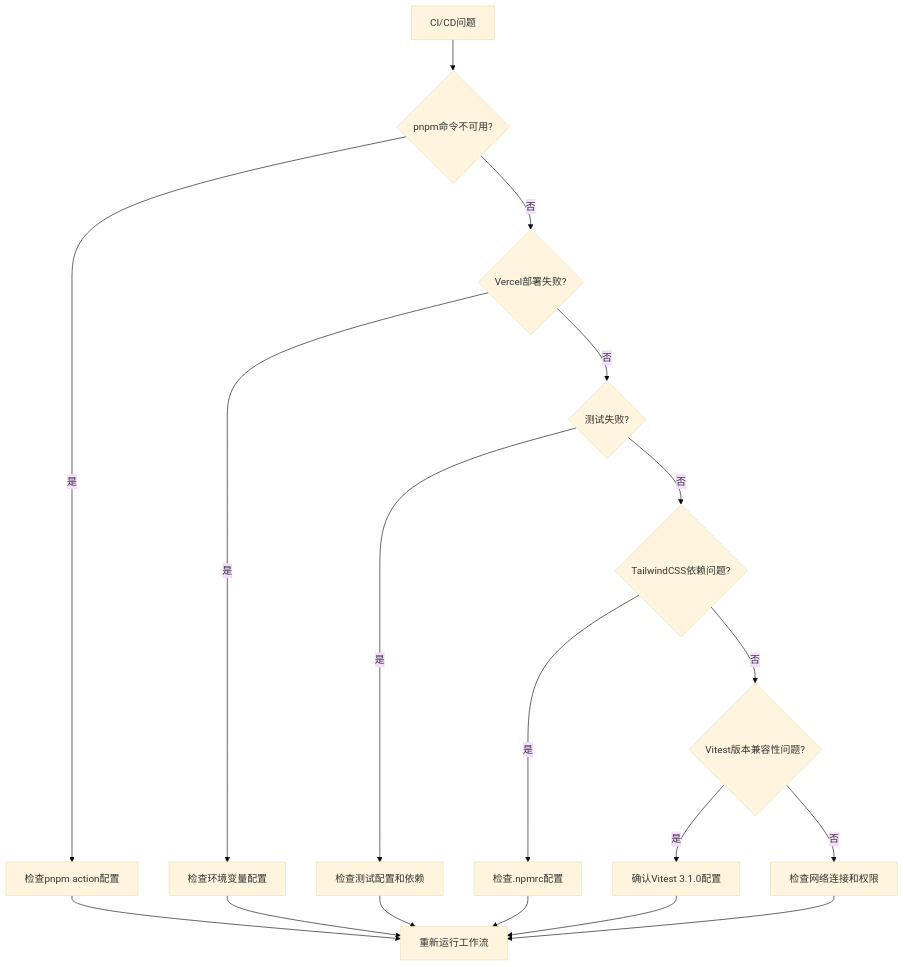
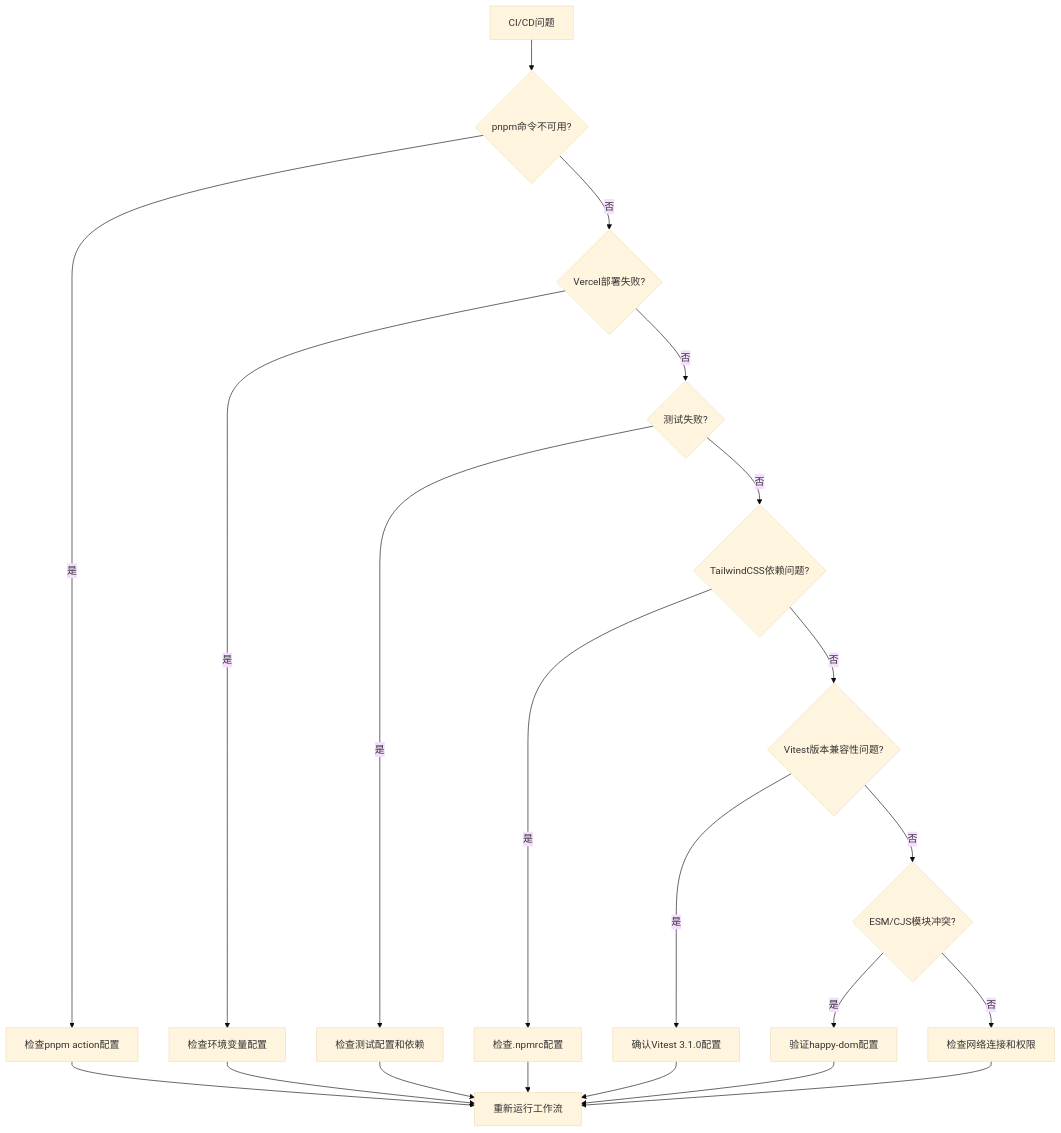
Diagram 15 of 16 in .qoder/repowiki/zh/content/项目概述/部署指南/CI_CD自动化部署.md (CryptoLinxu/Web3-AI-Agent), drawn with Mermaid (base theme) before and after one commit. The commit also changed other lines of this file and 5 other files, not shown here.

````diff
--- a/.qoder/repowiki/zh/content/项目概述/部署指南/CI_CD自动化部署.md
+++ b/.qoder/repowiki/zh/content/项目概述/部署指南/CI_CD自动化部署.md
@@ -529,20 +537,23 @@
 ```mermaid
 flowchart TD
 Problem[CI/CD问题] --> Check1{pnpm命令不可用?}
 Check1 --> |是| Fix1[检查pnpm action配置]
 Check1 --> |否| Check2{Vercel部署失败?}
 Check2 --> |是| Fix2[检查环境变量配置]
 Check2 --> |否| Check3{测试失败?}
 Check3 --> |是| Fix3[检查测试配置和依赖]
 Check3 --> |否| Check4{TailwindCSS依赖问题?}
 Check4 --> |是| Fix4[检查.npmrc配置]
 Check4 --> |否| Check5{Vitest版本兼容性问题?}
 Check5 --> |是| Fix5[确认Vitest 3.1.0配置]
-Check5 --> |否| Fix6[检查网络连接和权限]
+Check5 --> |否| Check6{ESM/CJS模块冲突?}
+Check6 --> |是| Fix6[验证happy-dom配置]
+Check6 --> |否| Fix7[检查网络连接和权限]
 Fix1 --> Verify[重新运行工作流]
 Fix2 --> Verify
 Fix3 --> Verify
 Fix4 --> Verify
 Fix5 --> Verify
 Fix6 --> Verify
+Fix7 --> Verify
 ```
````
